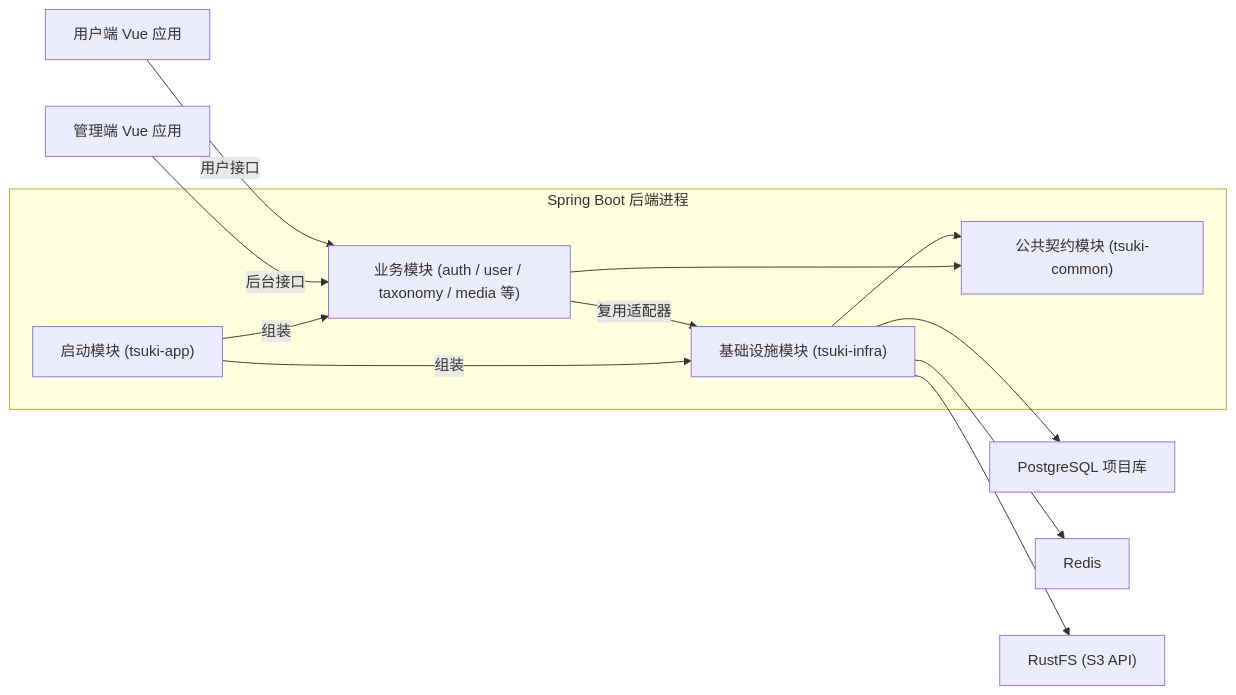
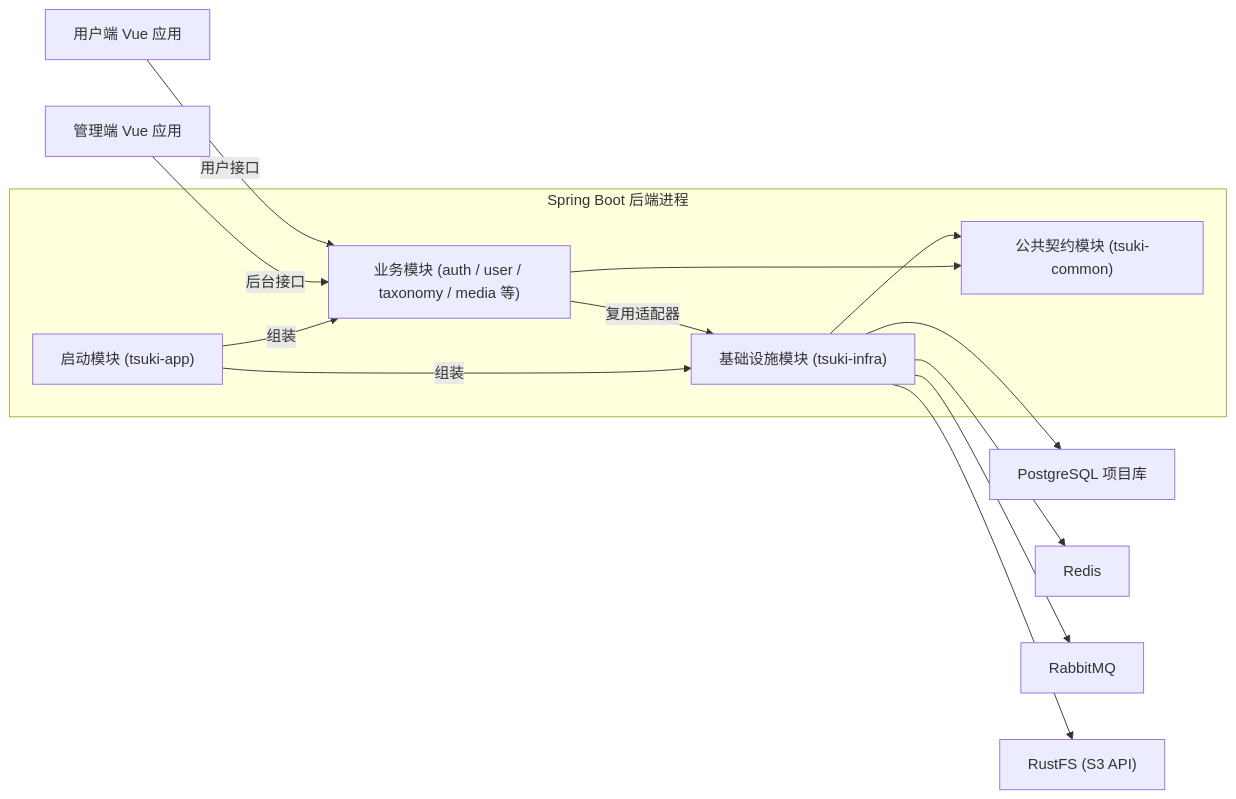
One commit to 0Elaina/tsuki changed the diagram in docs/01-project-overview.md. Above: the diagram before and after it, drawn with Mermaid. The commit also changed other lines of this file and 2 other files, not shown here.

````diff
--- a/docs/01-project-overview.md
+++ b/docs/01-project-overview.md
@@ -14,15 +14,16 @@
 ```mermaid
 flowchart LR
     subgraph Server["Spring Boot 后端进程"]
         App["启动模块 (tsuki-app)"] -->|组装| Business["业务模块 (auth / user / taxonomy / media 等)"]
         App -->|组装| Infra["基础设施模块 (tsuki-infra)"]
         Business -->|复用适配器| Infra
         Business --> Common["公共契约模块 (tsuki-common)"]
         Infra --> Common
     end
     Admin["管理端 Vue 应用"] -->|后台接口| Business
     User["用户端 Vue 应用"] -->|用户接口| Business
     Infra --> Postgres["PostgreSQL 项目库"]
     Infra --> Redis["Redis"]
+    Infra --> RabbitMQ["RabbitMQ"]
     Infra --> RustFS["RustFS (S3 API)"]
 ```
````
